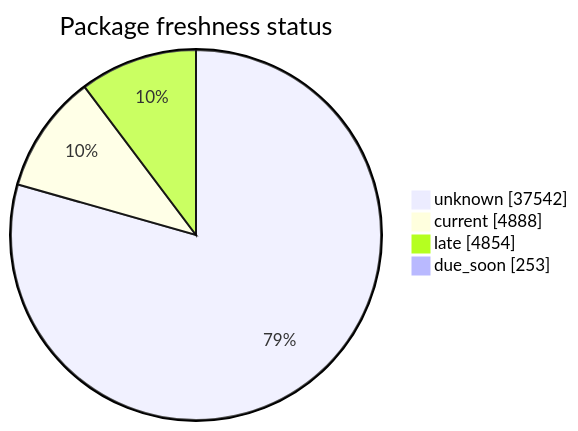
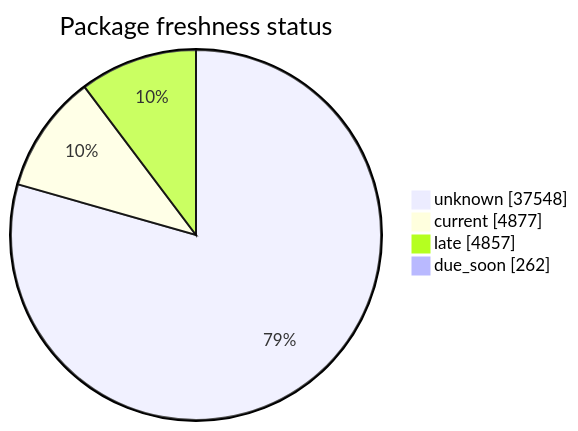
The second of 5 diagrams in FreshCheck/README.md (open-data/analytics-corporate-reporting), drawn with Mermaid before and after one commit. The commit also changed other lines of this file and 3 other files, not shown here.

````diff
--- a/FreshCheck/README.md
+++ b/FreshCheck/README.md
@@ -69,7 +69,7 @@
 ```mermaid
 pie showData title Package freshness status
-    "unknown": 37542
-    "current": 4888
-    "late": 4854
-    "due_soon": 253
+    "unknown": 37548
+    "current": 4877
+    "late": 4857
+    "due_soon": 262
 ```
````
